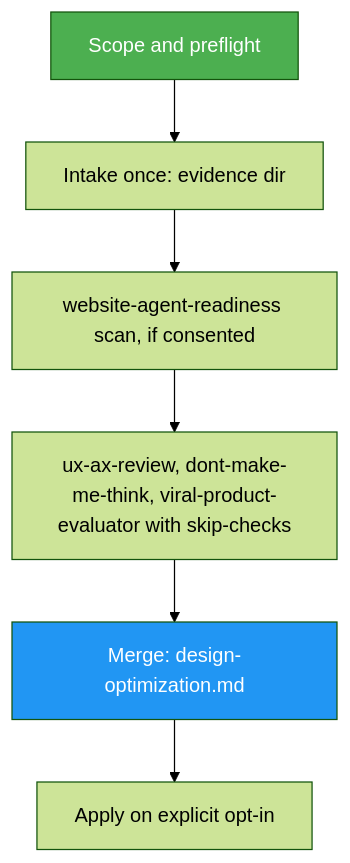
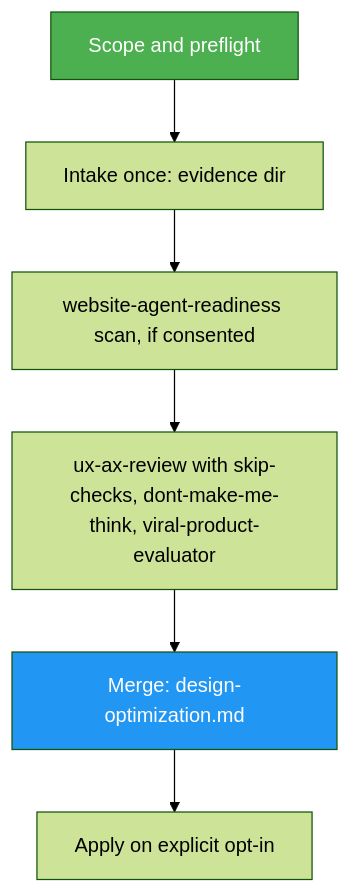
The diagram in skills/design-optimizer/docs/README.md (luongnv89/skills), drawn with Mermaid (forest theme) before and after one commit. The commit also changed 5 other files, not shown here.

````diff
--- a/skills/design-optimizer/docs/README.md
+++ b/skills/design-optimizer/docs/README.md
@@ -34,10 +34,10 @@
 ```mermaid
 graph TD
     A[Scope and preflight] --> B[Intake once: evidence dir]
     B --> C[website-agent-readiness scan, if consented]
-    C --> D[ux-ax-review, dont-make-me-think, viral-product-evaluator with skip-checks]
+    C --> D[ux-ax-review with skip-checks, dont-make-me-think, viral-product-evaluator]
     D --> E[Merge: design-optimization.md]
     E --> F[Apply on explicit opt-in]
     style A fill:#4CAF50,color:#fff
     style E fill:#2196F3,color:#fff
 ```
````
